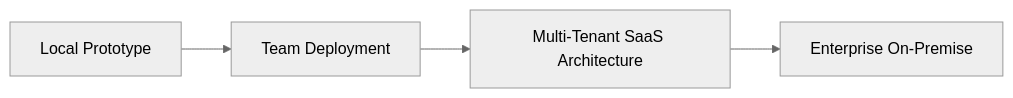
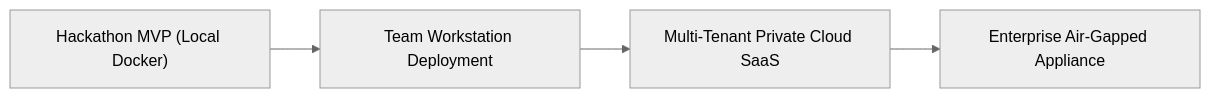
One commit to KartikHariramani/Hacktoberfest-Team-Sankalp changed the third of 3 diagrams in README.md. Above: the diagram before and after it, drawn with Mermaid (neutral theme). The commit also changed other lines of this file, not shown here.

````diff
--- a/README.md
+++ b/README.md
@@ -296,6 +813,6 @@
 ```mermaid
 flowchart LR
-    A[Local Prototype] --> B[Team Deployment]
-    B --> C[Multi-Tenant SaaS Architecture]
-    C --> D[Enterprise On-Premise]
+    A["Hackathon MVP (Local Docker)"] --> B["Team Workstation Deployment"]
+    B --> C["Multi-Tenant Private Cloud SaaS"]
+    C --> D["Enterprise Air-Gapped Appliance"]
 ```
````
